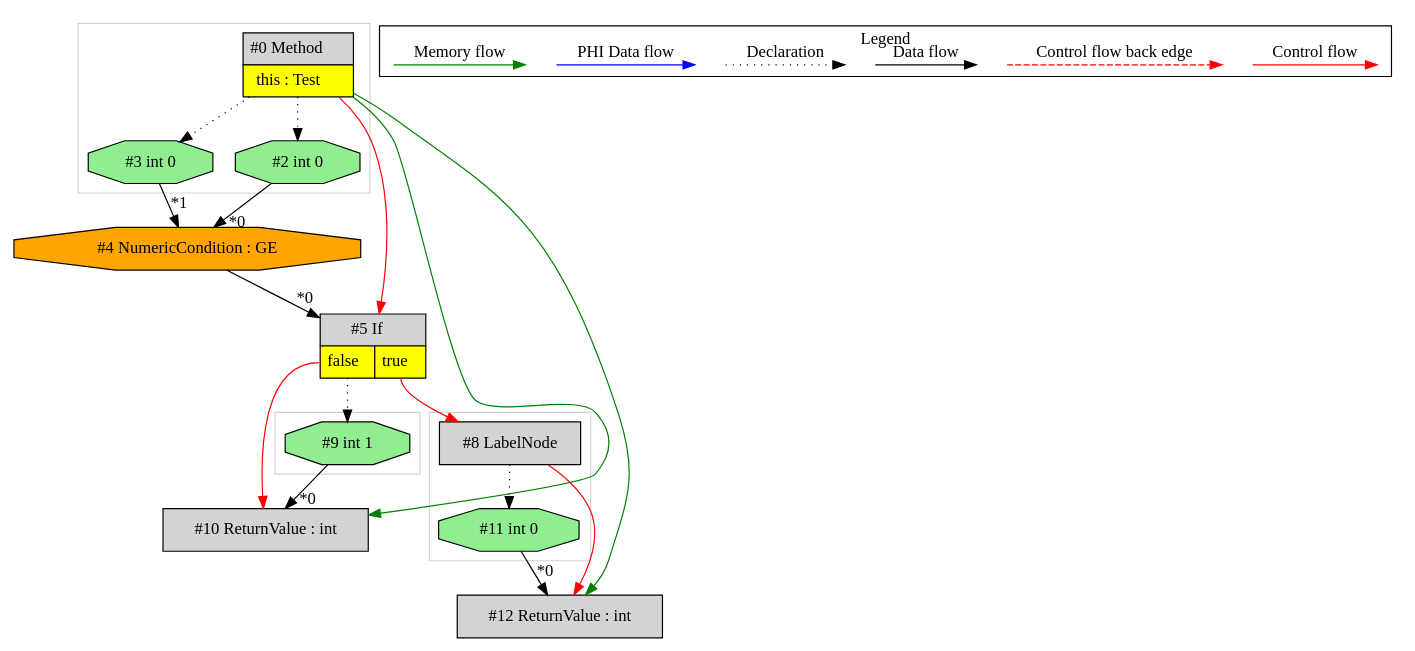
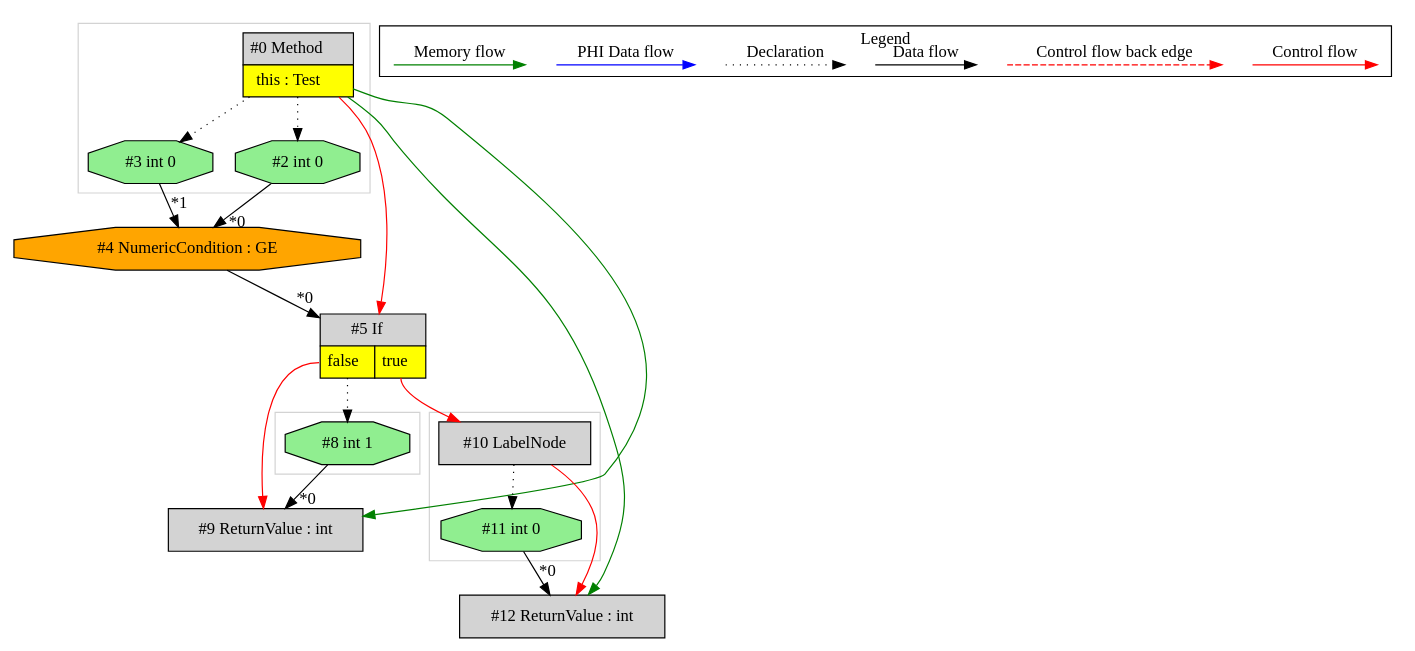
The diagram in de.mirkosertic.metair.ir.OpcodeIFGETest/test_IFGE/ir.dot (mirkosertic/MetaIR), drawn with Graphviz before and after one commit. The commit also changed 1222 other files, not shown here.

```diff
--- a/de.mirkosertic.metair.ir.OpcodeIFGETest/test_IFGE/ir.dot
+++ b/de.mirkosertic.metair.ir.OpcodeIFGETest/test_IFGE/ir.dot
@@ -1,69 +1,69 @@
 digraph {
  ordering="in";
  node0[margin="0", label=<<table border="0" cellborder="1" cellspacing="0" cellpadding="5"><tr><td colspan="1">#0 Method</td></tr><tr><td port="prj1" bgcolor="yellow">this : Test</td></tr></table>>,shape=none, fillcolor=lightgrey, style=filled];
- node5[margin="0", label=<<table border="0" cellborder="1" cellspacing="0" cellpadding="5"><tr><td colspan="2">#5 If</td></tr><tr><td port="prj7" bgcolor="yellow">false</td><td port="prj6" bgcolor="yellow">true</td></tr></table>>,shape=none, fillcolor=lightgrey, style=filled];
+ node5[margin="0", label=<<table border="0" cellborder="1" cellspacing="0" cellpadding="5"><tr><td colspan="2">#5 If</td></tr><tr><td port="prj6" bgcolor="yellow">false</td><td port="prj7" bgcolor="yellow">true</td></tr></table>>,shape=none, fillcolor=lightgrey, style=filled];
  node4 -> node5[headlabel="*0", labeldistance=2];
  node0 -> node5[labeldistance=2, color=red, fontcolor=red];
  node4[label="#4 NumericCondition : GE",shape=octagon, fillcolor=orange, style=filled];
  node2 -> node4[headlabel="*0", labeldistance=2];
  node3 -> node4[headlabel="*1", labeldistance=2];
  node3[label="#3 int 0",shape=octagon, fillcolor=lightgreen, style=filled];
  node0 -> node3[style=dotted];
  node2[label="#2 int 0",shape=octagon, fillcolor=lightgreen, style=filled];
  node0 -> node2[style=dotted];
- node9[label="#9 int 1",shape=octagon, fillcolor=lightgreen, style=filled];
- node5:prj7 -> node9[style=dotted];
- node10[label="#10 ReturnValue : int",shape=box, fillcolor=lightgrey, style=filled];
- node9 -> node10[headlabel="*0", labeldistance=2];
+ node10[label="#10 LabelNode",shape=box, fillcolor=lightgrey, style=filled];
  node5:prj7 -> node10[labeldistance=2, color=red, fontcolor=red];
- node0 -> node10[labeldistance=2, color=green, constraint=false];
- node8[label="#8 LabelNode",shape=box, fillcolor=lightgrey, style=filled];
- node5:prj6 -> node8[labeldistance=2, color=red, fontcolor=red];
  node11[label="#11 int 0",shape=octagon, fillcolor=lightgreen, style=filled];
- node8 -> node11[style=dotted];
+ node10 -> node11[style=dotted];
  node12[label="#12 ReturnValue : int",shape=box, fillcolor=lightgrey, style=filled];
  node11 -> node12[headlabel="*0", labeldistance=2];
- node8 -> node12[labeldistance=2, color=red, fontcolor=red];
+ node10 -> node12[labeldistance=2, color=red, fontcolor=red];
  node0 -> node12[labeldistance=2, color=green, constraint=false];
+ node9[label="#9 ReturnValue : int",shape=box, fillcolor=lightgrey, style=filled];
+ node8 -> node9[headlabel="*0", labeldistance=2];
+ node5:prj6 -> node9[labeldistance=2, color=red, fontcolor=red];
+ node0 -> node9[labeldistance=2, color=green, constraint=false];
+ node8[label="#8 int 1",shape=octagon, fillcolor=lightgreen, style=filled];
+ node5:prj6 -> node8[style=dotted];
  subgraph cluster_0 {
   color=lightgray;
-  node8;
+  node10;
   node11;
  }
  subgraph cluster_1 {
   color=lightgray;
-  node9;
+  node8;
  }
  subgraph cluster_2 {
   color=lightgray;
   node0;
   node2;
   node3;
  }
  subgraph cluster_000 {
   label = "Legend";
   node [shape=point]
   {
    rank=same;
    c0 [style = invis];
    c1 [style = invis];
    c2 [style = invis];
    c3 [style = invis];
    d0 [style = invis];
    d1 [style = invis];
    d2 [style = invis];
    d3 [style = invis];
    d4 [style = invis];
    d5 [style = invis];
    d6 [style = invis];
    d7 [style = invis];
   }
   c0 -> c1 [label="Control flow", style=solid, color=red]
   c2 -> c3 [label="Control flow back edge", style=dashed, color=red]
   d0 -> d1 [label="Data flow"]
   d2 -> d3 [label="Declaration", style=dotted]
   d4 -> d5 [label="PHI Data flow", color=blue]
   d6 -> d7 [label="Memory flow", color=green]
  }
 
 }
```
